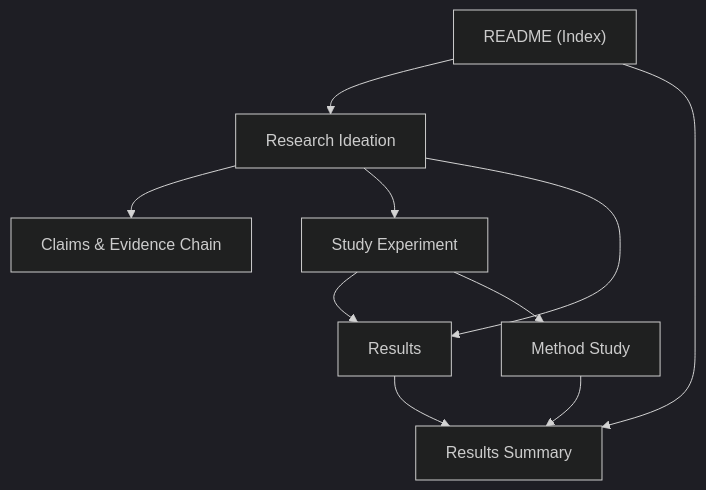
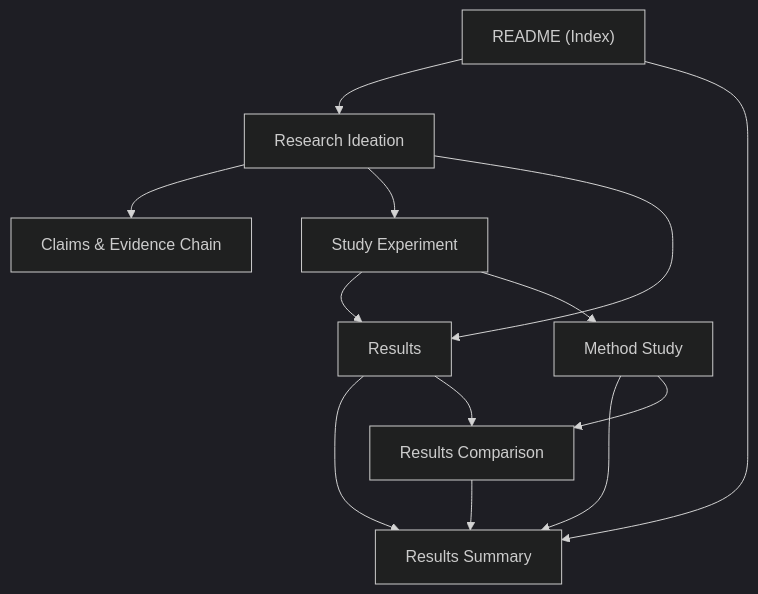
Before and after one commit to suryamanoj4/MLLM-quantization-research: the diagram in obsidian-docs/README.md, drawn with Mermaid (dark theme). The commit also changed other lines of this file and 4 other files, not shown here.

First line of the commit message:
docs: add consolidated LLaVA/Qwen results comparison

````diff
--- a/obsidian-docs/README.md
+++ b/obsidian-docs/README.md
@@ -19,12 +19,15 @@
 ```mermaid
 graph TD
     A["README (Index)"] --> B["Research Ideation"]
     A --> R["Results Summary"]
     B --> E["Claims & Evidence Chain"]
     B --> C["Study Experiment"]
     C --> D["Results"]
     B --> D
     D --> R
     C --> M["Method Study"]
     M --> R
+    D --> RC["Results Comparison"]
+    M --> RC
+    RC --> R
 ```
````
